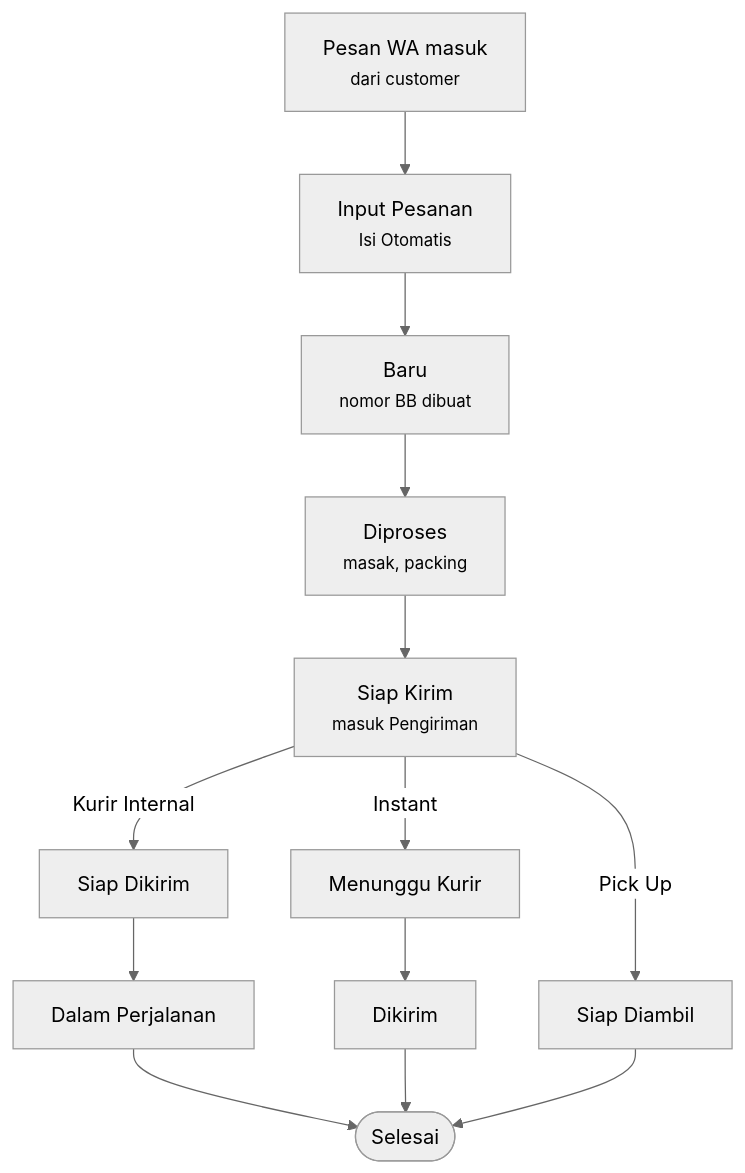
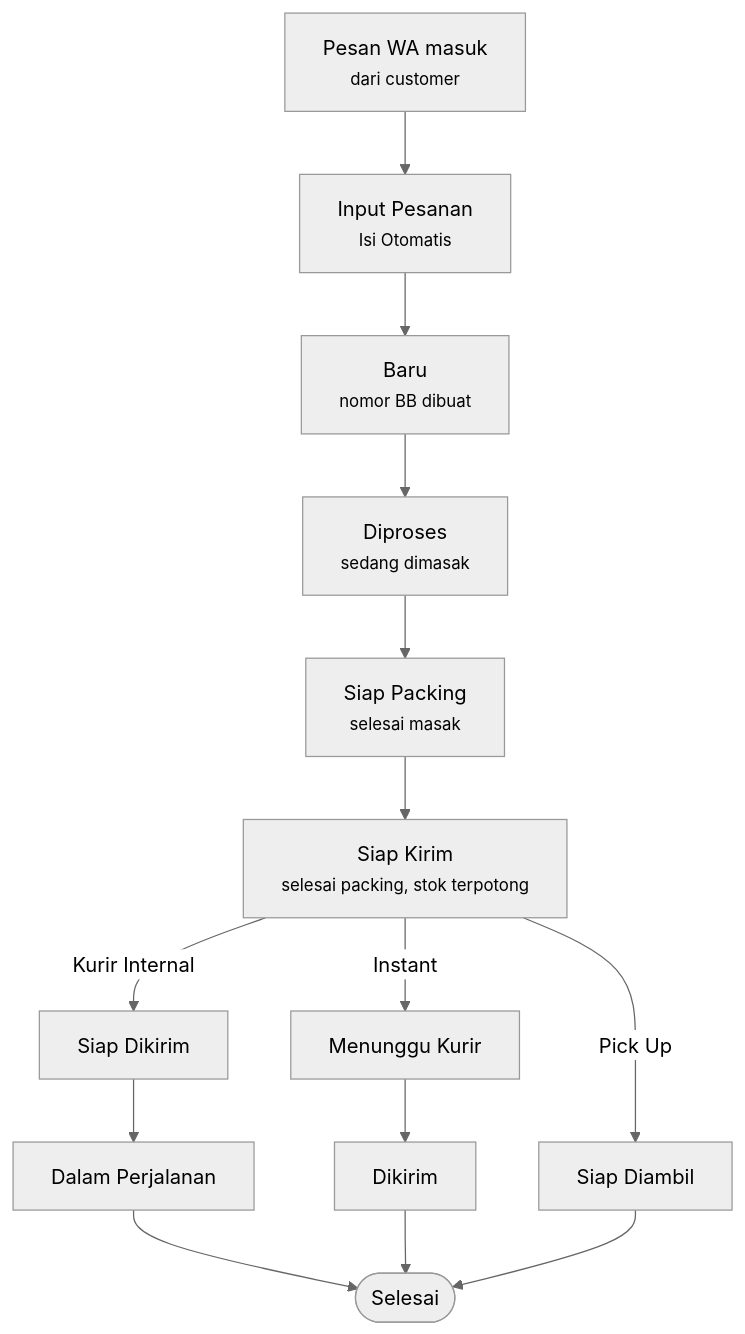
Before and after one commit to RazorBold/burnt-butter-pos: the diagram in docs/PRD.md, drawn with Mermaid (neutral theme). The commit also changed other lines of this file and 56 other files, not shown here.

````diff
--- a/docs/PRD.md
+++ b/docs/PRD.md
@@ -136,15 +137,16 @@
 ```mermaid
 flowchart TD
     WA["Pesan WA masuk<br/><small>dari customer</small>"] --> IN["Input Pesanan<br/><small>Isi Otomatis</small>"]
     IN --> BARU["Baru<br/><small>nomor BB dibuat</small>"]
-    BARU --> PROSES["Diproses<br/><small>masak, packing</small>"]
-    PROSES --> SIAP["Siap Kirim<br/><small>masuk Pengiriman</small>"]
+    BARU --> PROSES["Diproses<br/><small>sedang dimasak</small>"]
+    PROSES --> PACK["Siap Packing<br/><small>selesai masak</small>"]
+    PACK --> SIAP["Siap Kirim<br/><small>selesai packing, stok terpotong</small>"]
     SIAP -- Kurir Internal --> SD[Siap Dikirim]
     SIAP -- Instant --> MK[Menunggu Kurir]
     SIAP -- Pick Up --> SA[Siap Diambil]
     SD --> DP[Dalam Perjalanan]
     MK --> DK[Dikirim]
     DP --> SELESAI([Selesai])
     DK --> SELESAI
     SA --> SELESAI
 ```
````
